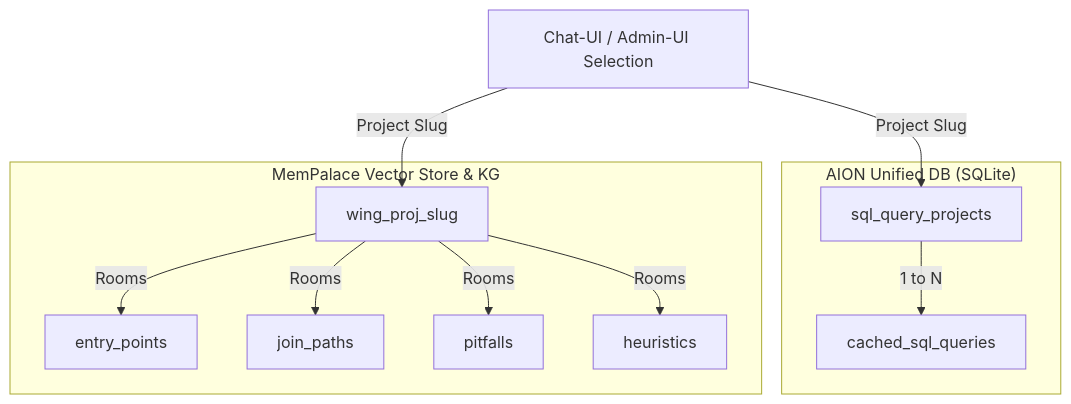
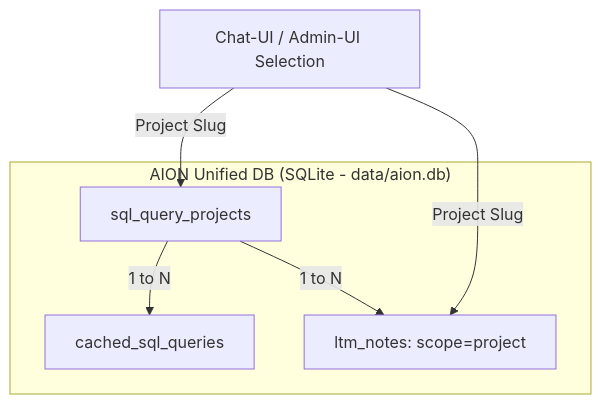
One commit to AION-by-ASA-Computer/AION_Agent changed the diagram in docs/memory/structured-memory.md. Above: the diagram before and after it, drawn with Mermaid. The commit also changed other lines of this file and 371 other files, not shown here.

````diff
--- a/docs/memory/structured-memory.md
+++ b/docs/memory/structured-memory.md
@@ -20,16 +17,10 @@
 ```mermaid
 flowchart TD
-    subgraph "AION Unified DB (SQLite)"
+    subgraph "AION Unified DB (SQLite - data/aion.db)"
         Proj[sql_query_projects] -->|1 to N| Cache[cached_sql_queries]
-    end
-    
-    subgraph "MemPalace Vector Store & KG"
-        Wing[wing_proj_slug] -->|Rooms| R1[entry_points]
-        Wing -->|Rooms| R2[join_paths]
-        Wing -->|Rooms| R3[pitfalls]
-        Wing -->|Rooms| R4[heuristics]
+        Proj -->|1 to N| Notes[ltm_notes: scope=project]
     end
 
     User["Chat-UI / Admin-UI Selection"] -->|Project Slug| Proj
-    User -->|Project Slug| Wing
+    User -->|Project Slug| Notes
 ```
````
